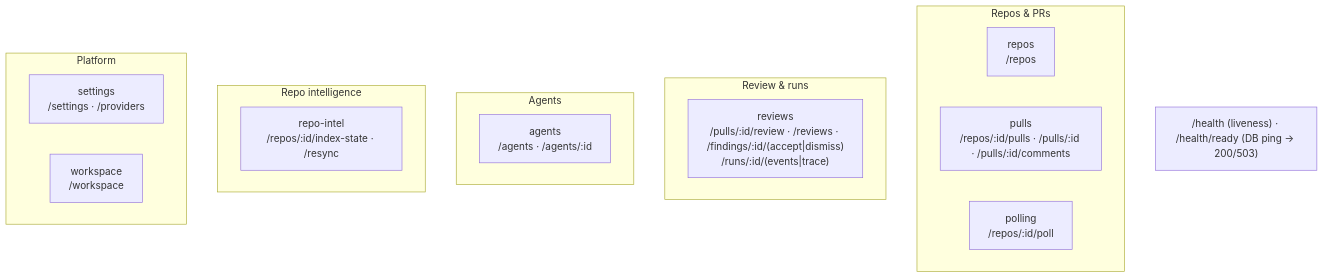
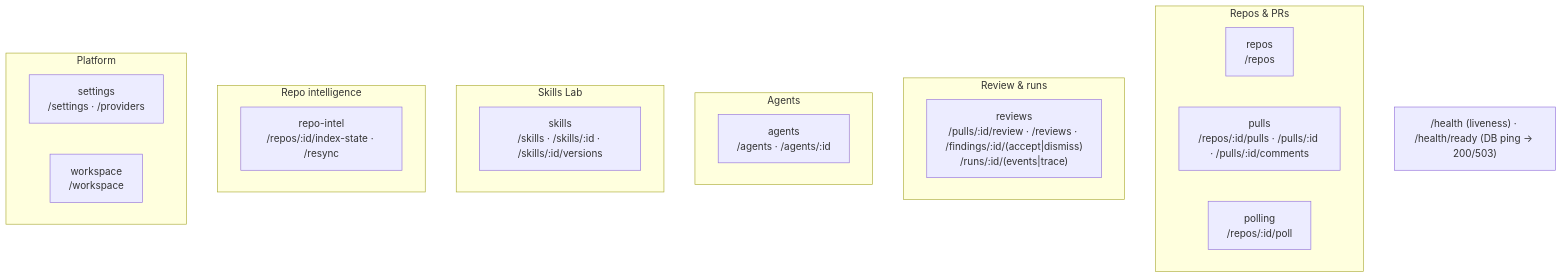
One commit to neronasee/dev-digest changed the second of 2 diagrams in server/README.md. Above: the diagram before and after it, drawn with Mermaid. The commit also changed other lines of this file and 93 other files, not shown here.

First line of the commit message:
feat(skills): add the Skills Lab — reusable agent skills end to end

````diff
--- a/server/README.md
+++ b/server/README.md
@@ -64,22 +64,25 @@
 ```mermaid
 flowchart TB
   subgraph Repos_PRs["Repos & PRs"]
     repos["repos<br/>/repos"]
     pulls["pulls<br/>/repos/:id/pulls · /pulls/:id · /pulls/:id/comments"]
     polling["polling<br/>/repos/:id/poll"]
   end
   subgraph Review["Review & runs"]
     reviews["reviews<br/>/pulls/:id/review · /reviews · /findings/:id/(accept|dismiss)<br/>/runs/:id/(events|trace)"]
   end
   subgraph Agents["Agents"]
     agents["agents<br/>/agents · /agents/:id"]
   end
+  subgraph SkillsLab["Skills Lab"]
+    skills["skills<br/>/skills · /skills/:id · /skills/:id/versions"]
+  end
   subgraph Intel["Repo intelligence"]
     repoIntel["repo-intel<br/>/repos/:id/index-state · /resync"]
   end
   subgraph Platform["Platform"]
     settings["settings<br/>/settings · /providers"]
     workspace["workspace<br/>/workspace"]
   end
   HEALTH["/health (liveness) · /health/ready (DB ping → 200/503)"]
 ```
````
